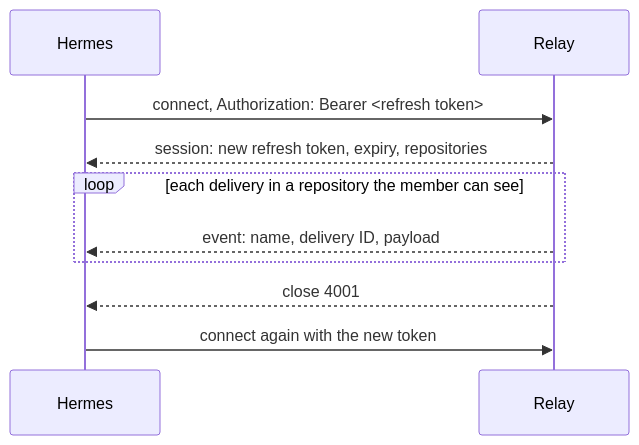
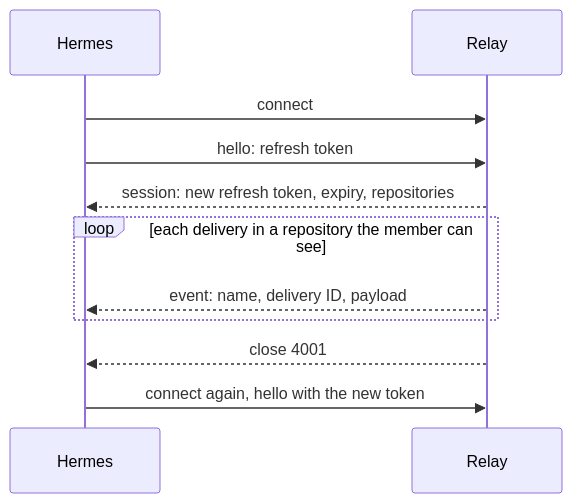
The sixth of 6 diagrams in plans/relay-client.md (bojanrajkovic/hermes), drawn with Mermaid before and after one commit. The commit also changed other lines of this file and 5 other files, not shown here.

First line of the commit message:
Keep the refresh token and the sign-in's secret out of the relay's addresses

````diff
--- a/plans/relay-client.md
+++ b/plans/relay-client.md
@@ -273,12 +296,13 @@
 ```mermaid
 sequenceDiagram
     participant H as Hermes
     participant R as Relay
-    H->>R: connect, Authorization: Bearer #lt;refresh token#gt;
+    H->>R: connect
+    H->>R: hello: refresh token
     R-->>H: session: new refresh token, expiry, repositories
     loop each delivery in a repository the member can see
         R-->>H: event: name, delivery ID, payload
     end
     R-->>H: close 4001
-    H->>R: connect again with the new token
+    H->>R: connect again, hello with the new token
 ```
````
